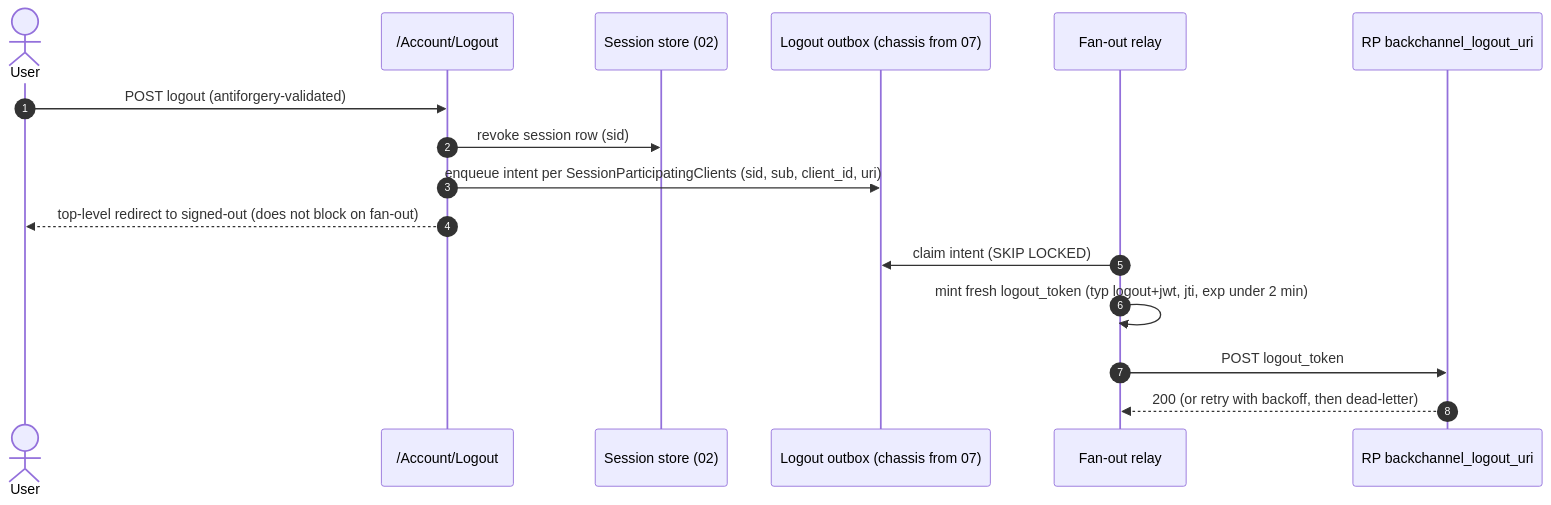
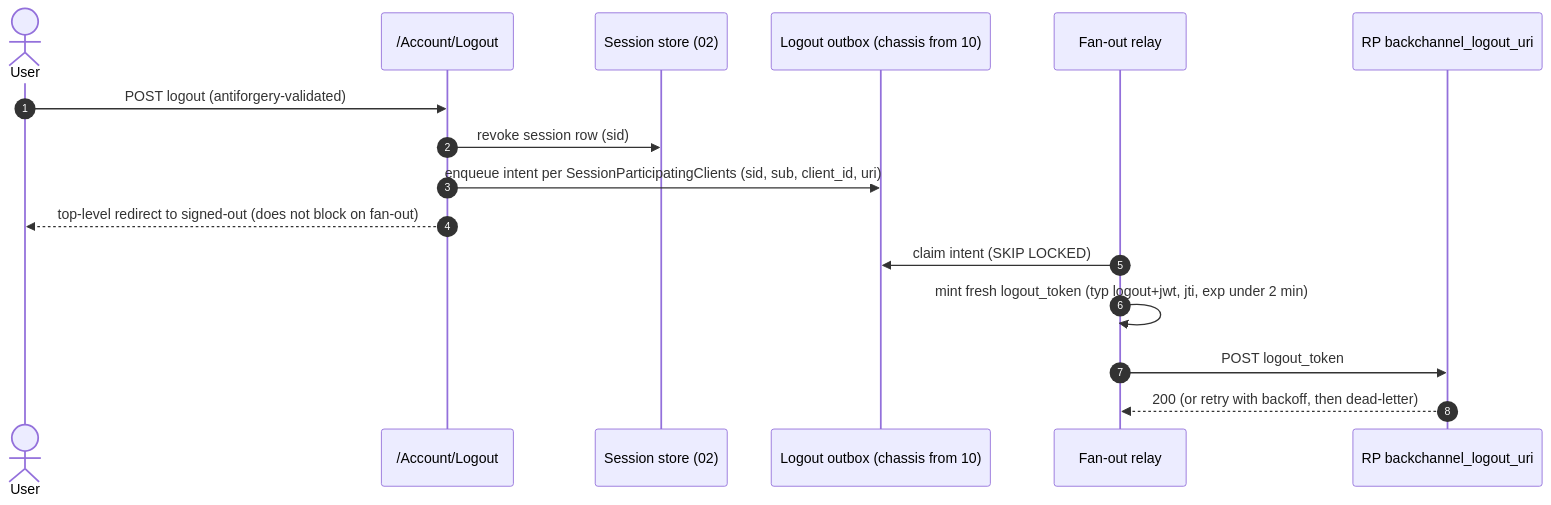
One commit to namphuongtran/nami changed the third of 5 diagrams in docs/design/11-login-consent-ui.md. Above: the diagram before and after it, drawn with Mermaid. The commit also changed other lines of this file and 11 other files, not shown here.

````diff
--- a/docs/design/11-login-consent-ui.md
+++ b/docs/design/11-login-consent-ui.md
@@ -308,19 +308,19 @@
 ```mermaid
 sequenceDiagram
   autonumber
   actor U as User
   participant LO as /Account/Logout
   participant SS as Session store (02)
-  participant OB as Logout outbox (chassis from 07)
+  participant OB as Logout outbox (chassis from 10)
   participant RB as Fan-out relay
   participant RP as RP backchannel_logout_uri
 
   U->>LO: POST logout (antiforgery-validated)
   LO->>SS: revoke session row (sid)
   LO->>OB: enqueue intent per SessionParticipatingClients (sid, sub, client_id, uri)
   LO-->>U: top-level redirect to signed-out (does not block on fan-out)
   RB->>OB: claim intent (SKIP LOCKED)
   RB->>RB: mint fresh logout_token (typ logout+jwt, jti, exp under 2 min)
   RB->>RP: POST logout_token
   RP-->>RB: 200 (or retry with backoff, then dead-letter)
 ```
````
